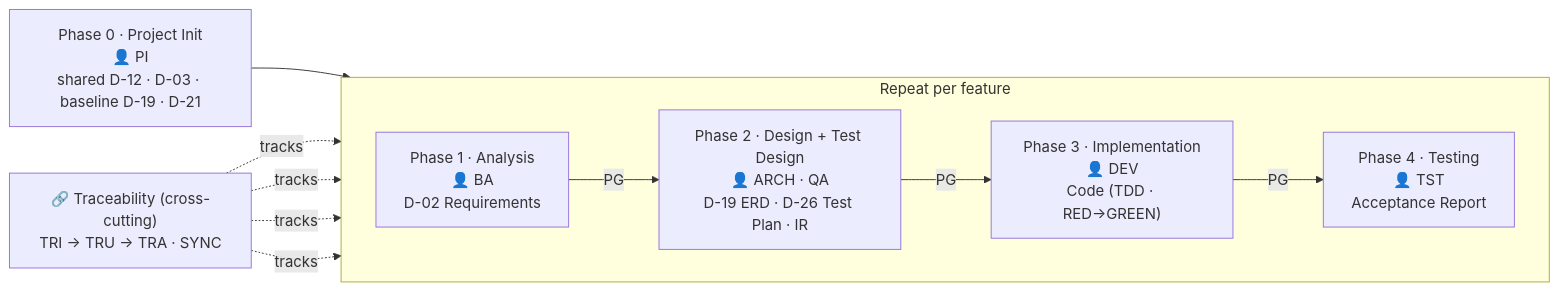
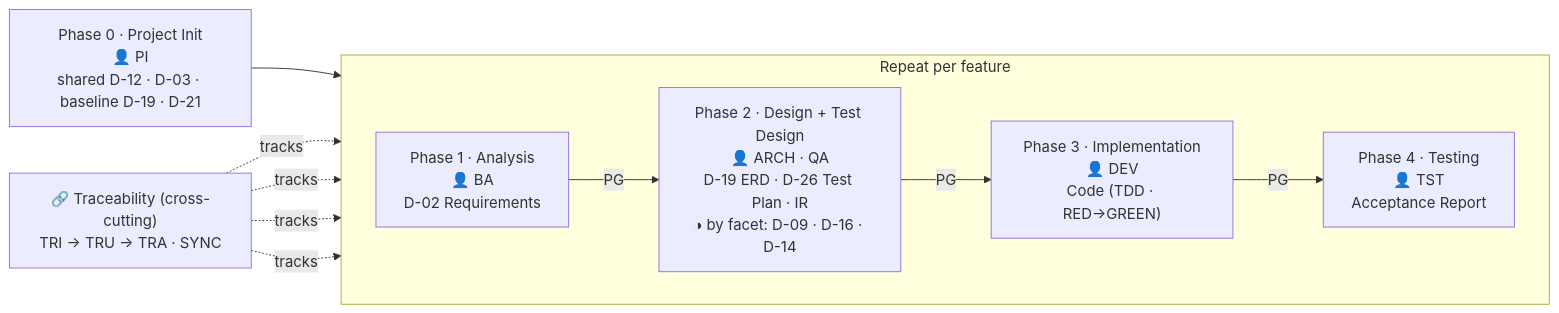
One commit to hanh9898/waterfall-bmad-method changed the diagram in README.en.md. Above: the diagram before and after it, drawn with Mermaid. The commit also changed other lines of this file and 52 other files, not shown here.

````diff
--- a/README.en.md
+++ b/README.en.md
@@ -114,18 +114,18 @@
 ```mermaid
 flowchart LR
     P0["Phase 0 · Project Init<br/>👤 PI<br/>shared D-12 · D-03 · baseline D-19 · D-21"]
 
     subgraph FEAT["Repeat per feature"]
         direction LR
         P1["Phase 1 · Analysis<br/>👤 BA<br/>D-02 Requirements"]
-        P2["Phase 2 · Design + Test Design<br/>👤 ARCH · QA<br/>D-19 ERD · D-26 Test Plan · IR"]
+        P2["Phase 2 · Design + Test Design<br/>👤 ARCH · QA<br/>D-19 ERD · D-26 Test Plan · IR<br/>◑ by facet: D-09 · D-16 · D-14"]
         P3["Phase 3 · Implementation<br/>👤 DEV<br/>Code (TDD · RED→GREEN)"]
         P4["Phase 4 · Testing<br/>👤 TST<br/>Acceptance Report"]
         P1 -->|PG| P2 -->|PG| P3 -->|PG| P4
     end
 
     P0 --> P1
 
     TR["🔗 Traceability (cross-cutting)<br/>TRI → TRU → TRA · SYNC"]
     TR -.->|tracks| P1 & P2 & P3 & P4
 ```
````
